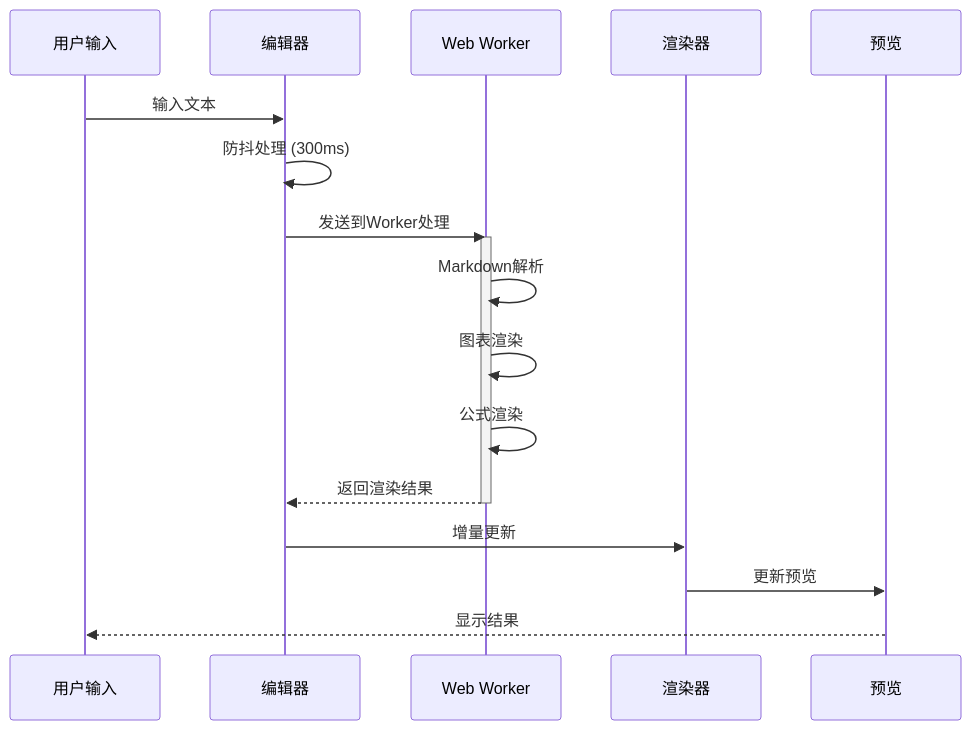
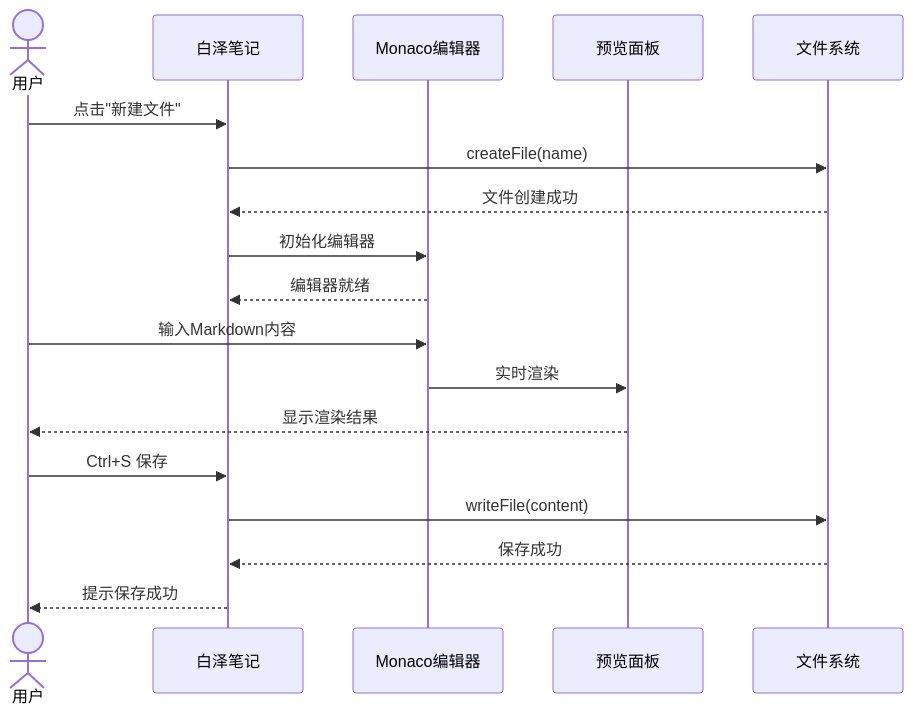
Before and after one commit to hemy08/BaiZeNotesByVue: diagram 12 of 34 in doc/架构文档.md, drawn with Mermaid. The commit also changed other lines of this file and 41 other files, not shown here.

````diff
--- a/doc/架构文档.md
+++ b/doc/架构文档.md
@@ -814,25 +504,23 @@
 ```mermaid
 sequenceDiagram
-    participant U as 用户输入
-    participant E as 编辑器
-    participant W as Web Worker
-    participant R as 渲染器
-    participant P as 预览
-
-    U->>E: 输入文本
-    E->>E: 防抖处理 (300ms)
-
-    E->>W: 发送到Worker处理
-    activate W
-
-    W->>W: Markdown解析
-    W->>W: 图表渲染
-    W->>W: 公式渲染
-
-    W-->>E: 返回渲染结果
-    deactivate W
-
-    E->>R: 增量更新
-    R->>P: 更新预览
-    P-->>U: 显示结果
+    actor User as 用户
+    participant App as 白泽笔记
+    participant Editor as Monaco编辑器
+    participant Preview as 预览面板
+    participant FS as 文件系统
+    
+    User->>App: 点击"新建文件"
+    App->>FS: createFile(name)
+    FS-->>App: 文件创建成功
+    App->>Editor: 初始化编辑器
+    Editor-->>App: 编辑器就绪
+    
+    User->>Editor: 输入Markdown内容
+    Editor->>Preview: 实时渲染
+    Preview-->>User: 显示渲染结果
+    
+    User->>App: Ctrl+S 保存
+    App->>FS: writeFile(content)
+    FS-->>App: 保存成功
+    App-->>User: 提示保存成功
 ```
````
